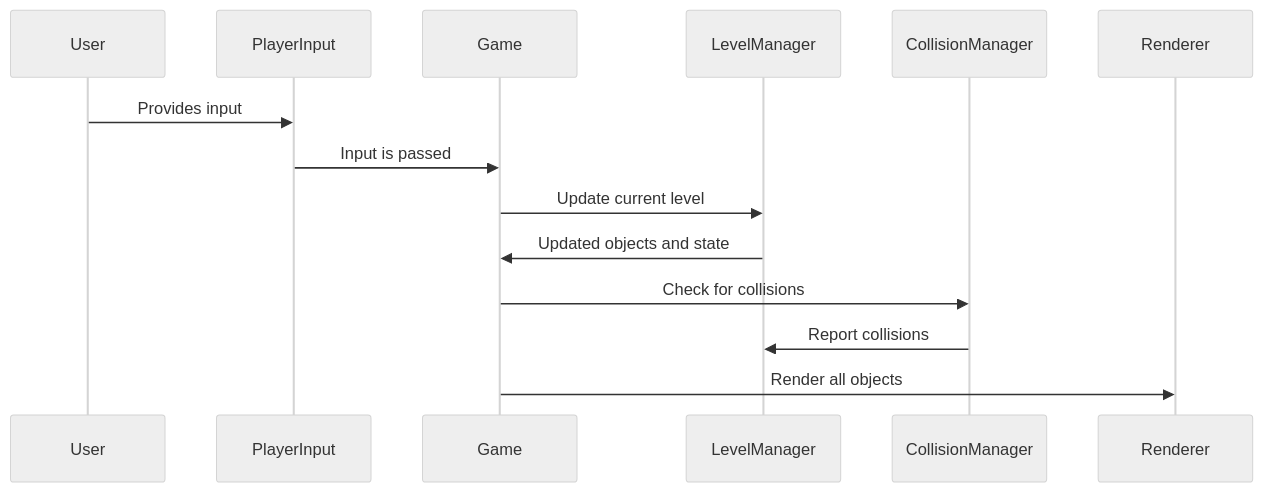
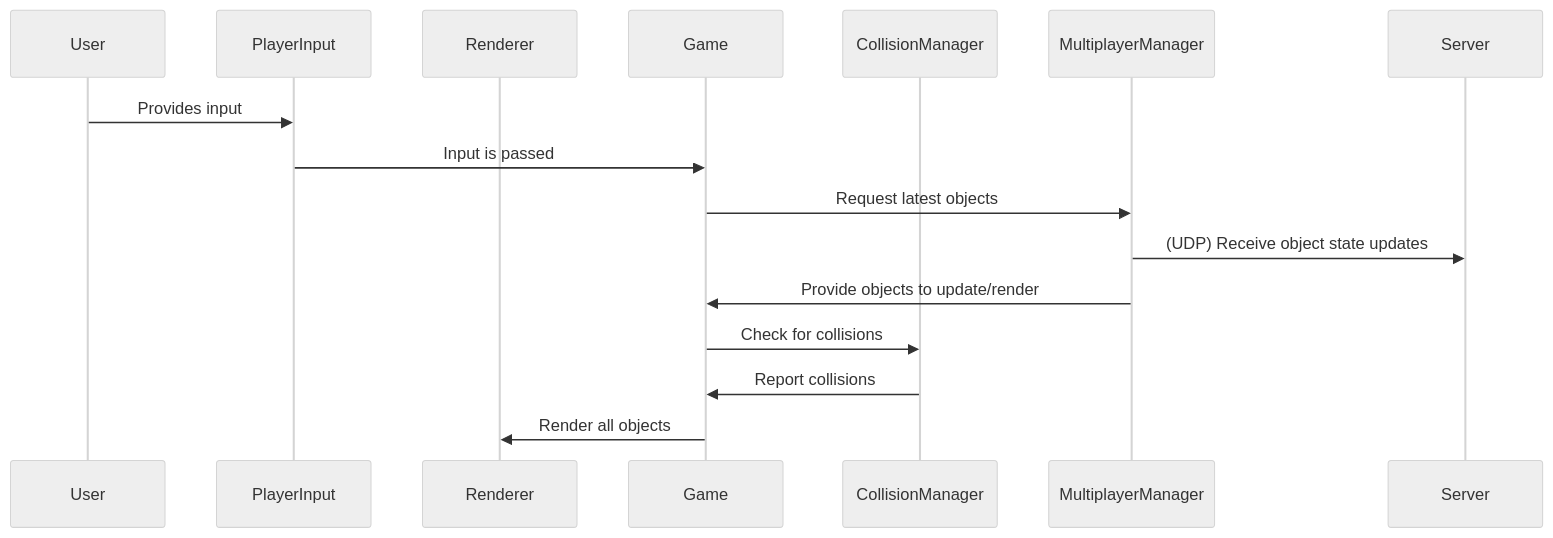
The third of 4 diagrams in docs/ARCHITECTURE_OVERVIEW.md (dinordi/SagaOfSacrifice2), drawn with Mermaid (neutral theme) before and after one commit. The commit also changed other lines of this file, not shown here.

````diff
--- a/docs/ARCHITECTURE_OVERVIEW.md
+++ b/docs/ARCHITECTURE_OVERVIEW.md
@@ -165,17 +139,19 @@
 ```mermaid
 sequenceDiagram
     participant User
     participant PlayerInput
+    participant Renderer
     participant Game
-    participant LevelManager
     participant CollisionManager
-    participant Renderer
+    participant MultiplayerManager
+    participant Server
 
     User->>PlayerInput: Provides input
     PlayerInput->>Game: Input is passed
-    Game->>LevelManager: Update current level
-    LevelManager->>Game: Updated objects and state
+    Game->>MultiplayerManager: Request latest objects
+    MultiplayerManager->>Server: (UDP) Receive object state updates
+    MultiplayerManager->>Game: Provide objects to update/render
     Game->>CollisionManager: Check for collisions
-    CollisionManager->>LevelManager: Report collisions
+    CollisionManager->>Game: Report collisions
     Game->>Renderer: Render all objects
 ```
````
